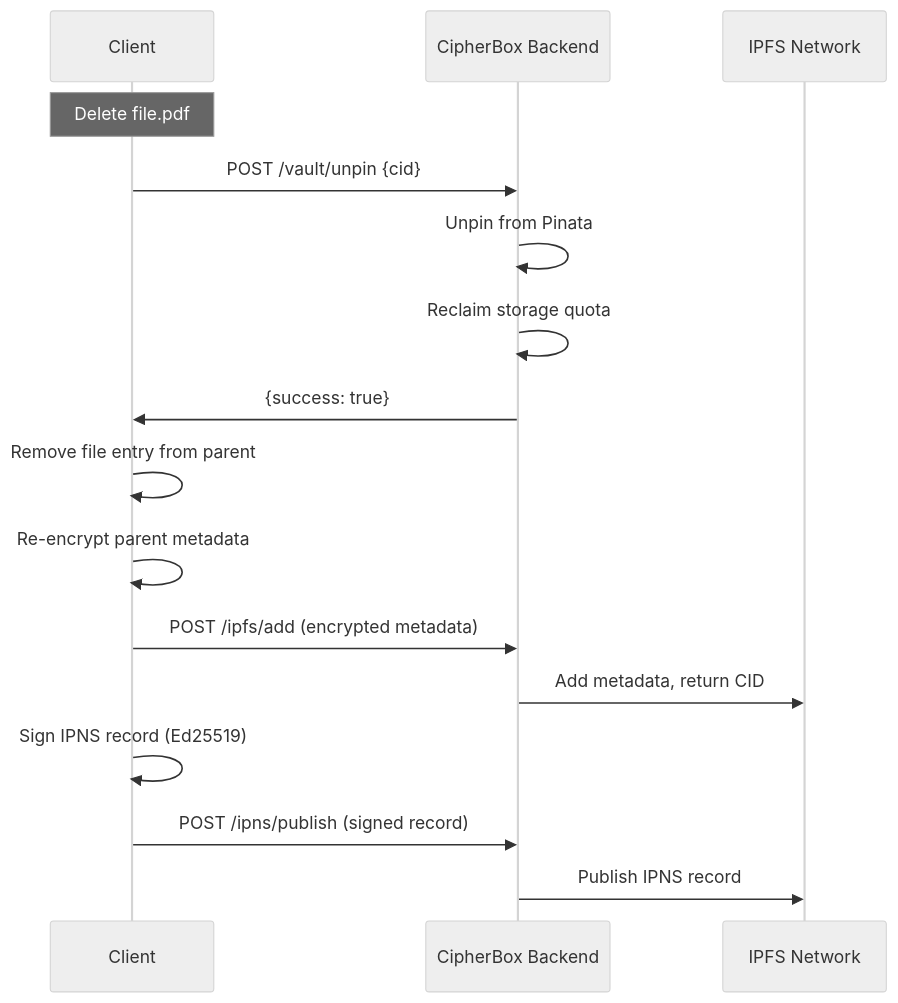
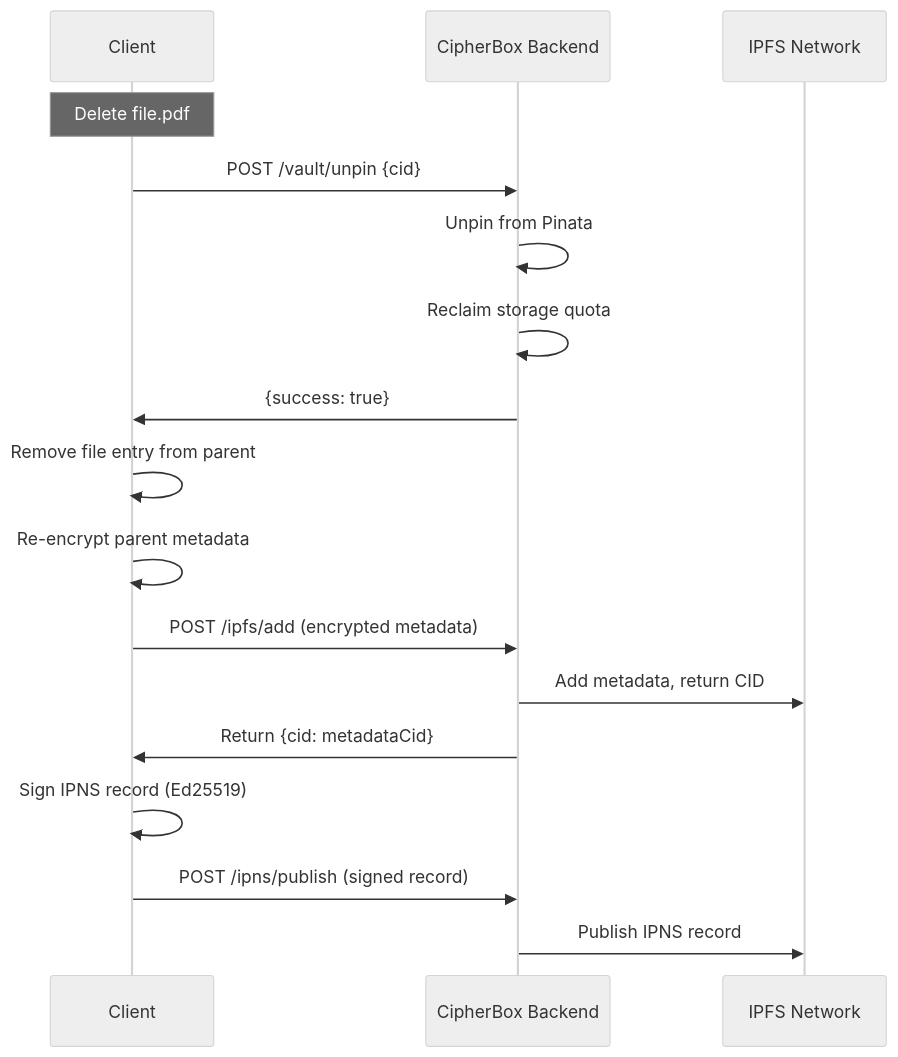
Diagram 12 of 14 in Documentation/DATA_FLOWS.md (FSM1/cipher-box), drawn with Mermaid (neutral theme) before and after one commit. The commit also changed other lines of this file, not shown here.

Commit message:
Add missing return arrows showing CID returned from backend to client after IPFS metadata upload

````diff
--- a/Documentation/DATA_FLOWS.md
+++ b/Documentation/DATA_FLOWS.md
@@ -461,21 +467,22 @@
 ```mermaid
 sequenceDiagram
     participant C as Client
     participant B as CipherBox Backend
     participant IPFS as IPFS Network
     
     Note over C: Delete file.pdf
     
     C->>B: POST /vault/unpin {cid}
     B->>B: Unpin from Pinata
     B->>B: Reclaim storage quota
     B->>C: {success: true}
     
     C->>C: Remove file entry from parent
     C->>C: Re-encrypt parent metadata
     C->>B: POST /ipfs/add (encrypted metadata)
     B->>IPFS: Add metadata, return CID
+    B->>C: Return {cid: metadataCid}
     C->>C: Sign IPNS record (Ed25519)
     C->>B: POST /ipns/publish (signed record)
     B->>IPFS: Publish IPNS record
 ```
````
